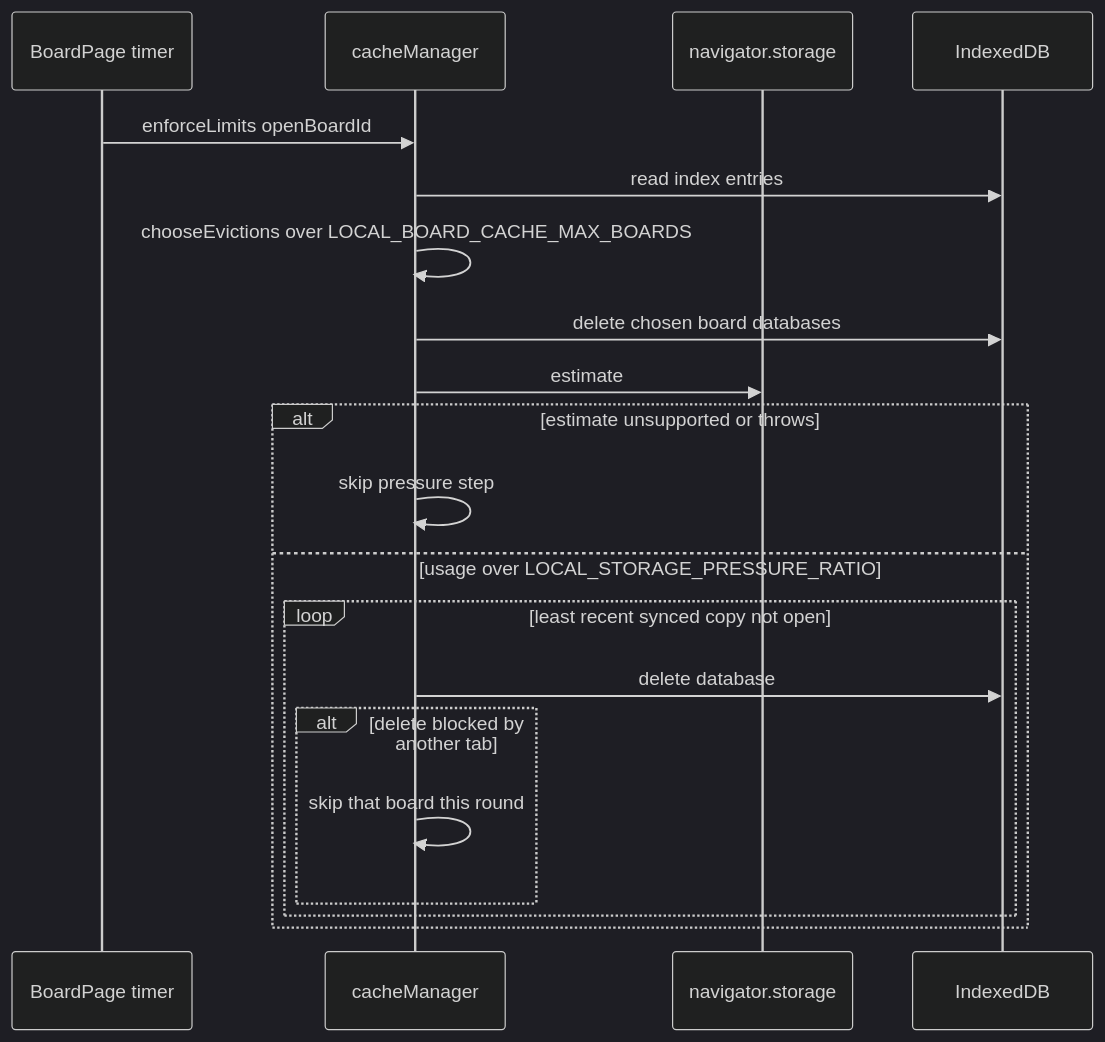
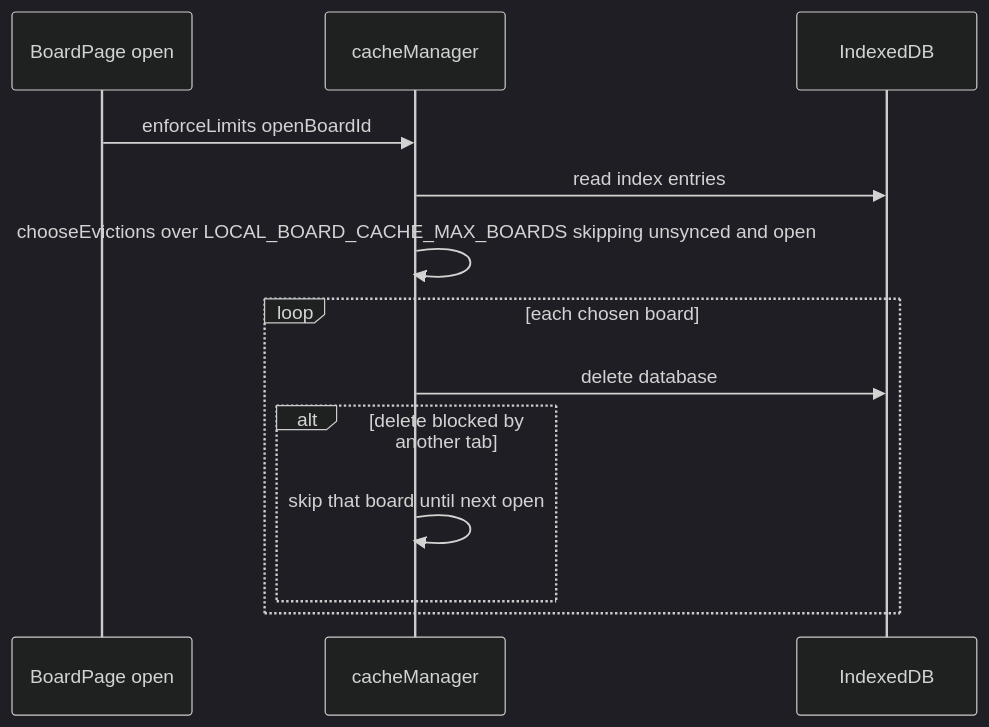
Before and after one commit to boxabirds/awesome-local-ai: the ninth of 10 diagrams in benchmarks/vidi/spec/stories/013-keep-working-through-a-dropped-connection-without-/design.md, drawn with Mermaid (dark theme). The commit also changed other lines of this file and 69 other files, not shown here.

````diff
--- a/benchmarks/vidi/spec/stories/013-keep-working-through-a-dropped-connection-without-/design.md
+++ b/benchmarks/vidi/spec/stories/013-keep-working-through-a-dropped-connection-without-/design.md
@@ -233,22 +232,15 @@
 ```mermaid
 sequenceDiagram
-    participant P as BoardPage timer
+    participant P as BoardPage open
     participant C as cacheManager
-    participant E as navigator.storage
     participant I as IndexedDB
     P->>C: enforceLimits openBoardId
     C->>I: read index entries
-    C->>C: chooseEvictions over LOCAL_BOARD_CACHE_MAX_BOARDS
-    C->>I: delete chosen board databases
-    C->>E: estimate
-    alt estimate unsupported or throws
-        C->>C: skip pressure step
-    else usage over LOCAL_STORAGE_PRESSURE_RATIO
-        loop least recent synced copy not open
-            C->>I: delete database
-            alt delete blocked by another tab
-                C->>C: skip that board this round
-            end
+    C->>C: chooseEvictions over LOCAL_BOARD_CACHE_MAX_BOARDS skipping unsynced and open
+    loop each chosen board
+        C->>I: delete database
+        alt delete blocked by another tab
+            C->>C: skip that board until next open
         end
     end
 ```
````
